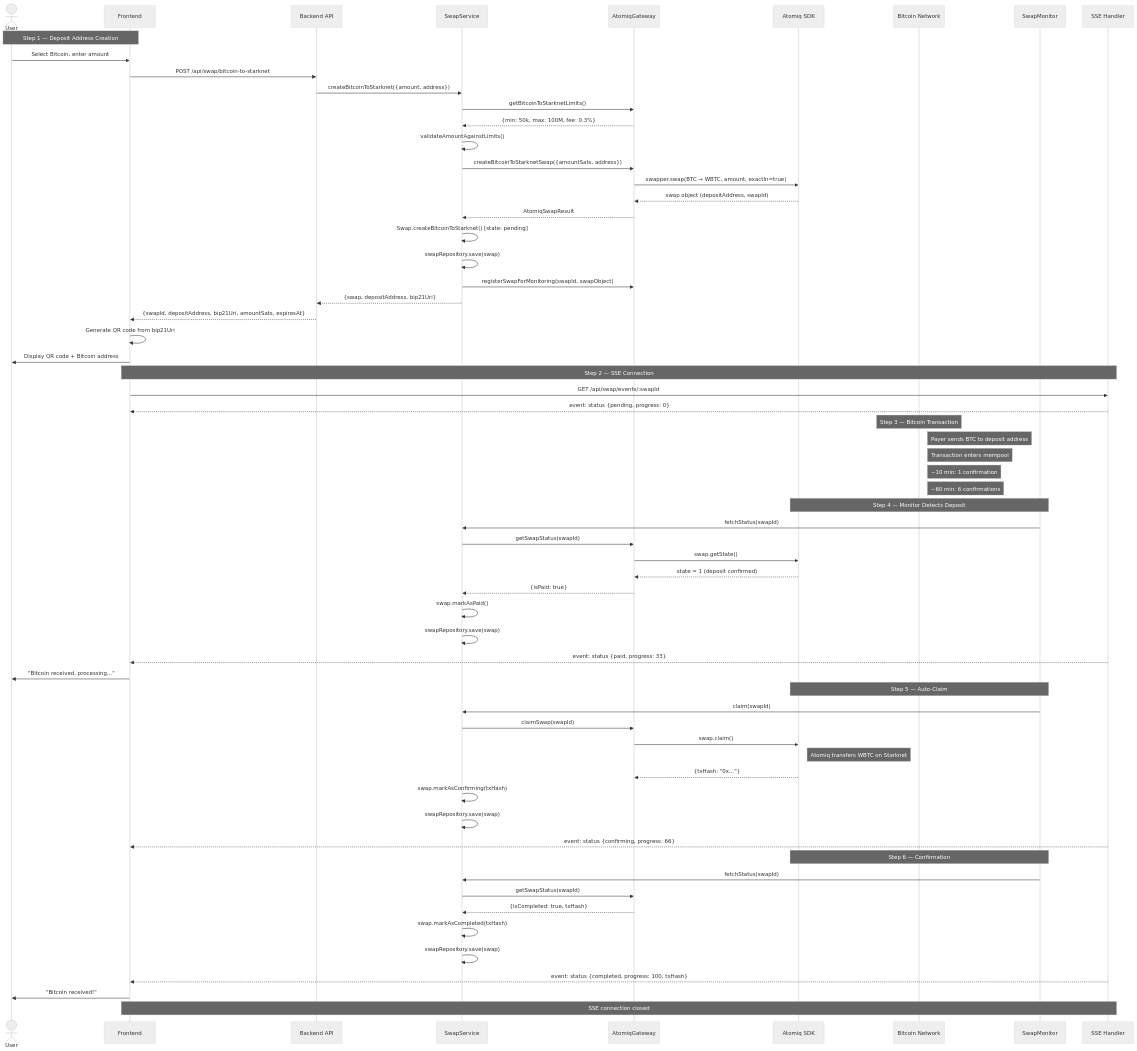
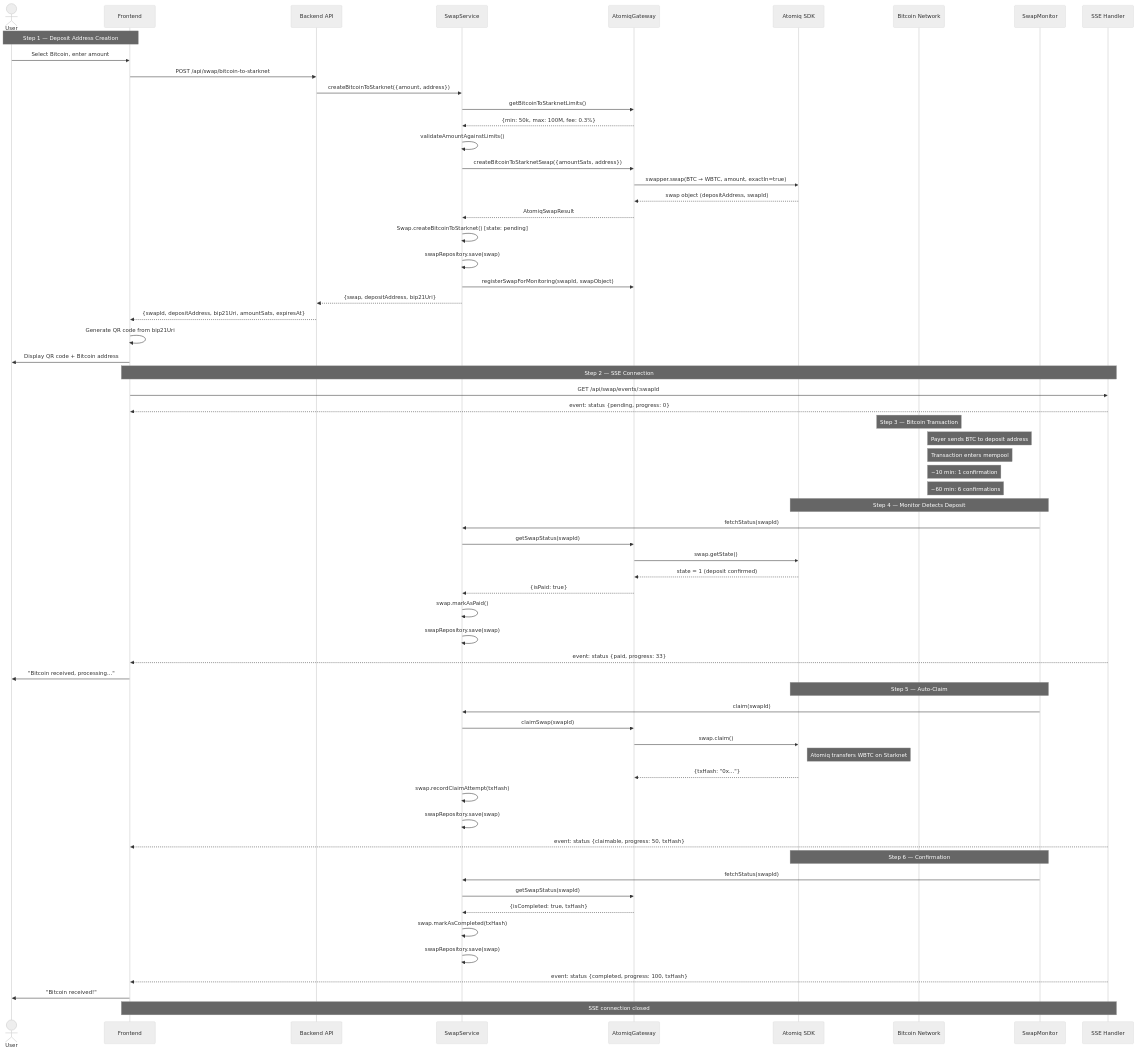
Before and after one commit to bitcoin-is-money/bim-app: the diagram in doc/flow/receive-bitcoin.md, drawn with Mermaid (neutral theme). The commit also changed 22 other files, not shown here.

First line of the commit message:
refactor(swap): remove BIM-only 'confirming' state, Atomiq is single source of truth

````diff
--- a/doc/flow/receive-bitcoin.md
+++ b/doc/flow/receive-bitcoin.md
@@ -25,75 +25,75 @@
 ```mermaid
 sequenceDiagram
     actor User
     participant Front as Frontend
     participant API as Backend API
     participant Service as SwapService
     participant Gateway as AtomiqGateway
     participant SDK as Atomiq SDK
     participant BTC as Bitcoin Network
     participant Monitor as SwapMonitor
     participant SSE as SSE Handler
 
     Note over User,Front: Step 1 — Deposit Address Creation
     User->>Front: Select Bitcoin, enter amount
     Front->>API: POST /api/swap/bitcoin-to-starknet
     API->>Service: createBitcoinToStarknet({amount, address})
     Service->>Gateway: getBitcoinToStarknetLimits()
     Gateway-->>Service: {min: 50k, max: 100M, fee: 0.3%}
     Service->>Service: validateAmountAgainstLimits()
     Service->>Gateway: createBitcoinToStarknetSwap({amountSats, address})
     Gateway->>SDK: swapper.swap(BTC → WBTC, amount, exactIn=true)
     SDK-->>Gateway: swap object (depositAddress, swapId)
     Gateway-->>Service: AtomiqSwapResult
     Service->>Service: Swap.createBitcoinToStarknet() [state: pending]
     Service->>Service: swapRepository.save(swap)
     Service->>Gateway: registerSwapForMonitoring(swapId, swapObject)
     Service-->>API: {swap, depositAddress, bip21Uri}
     API-->>Front: {swapId, depositAddress, bip21Uri, amountSats, expiresAt}
     Front->>Front: Generate QR code from bip21Uri
     Front->>User: Display QR code + Bitcoin address
 
     Note over Front,SSE: Step 2 — SSE Connection
     Front->>SSE: GET /api/swap/events/:swapId
     SSE-->>Front: event: status {pending, progress: 0}
 
     Note over BTC: Step 3 — Bitcoin Transaction
     Note right of BTC: Payer sends BTC to deposit address
     Note right of BTC: Transaction enters mempool
     Note right of BTC: ~10 min: 1 confirmation
     Note right of BTC: ~60 min: 6 confirmations
 
     Note over Monitor,SDK: Step 4 — Monitor Detects Deposit
     Monitor->>Service: fetchStatus(swapId)
     Service->>Gateway: getSwapStatus(swapId)
     Gateway->>SDK: swap.getState()
     SDK-->>Gateway: state = 1 (deposit confirmed)
     Gateway-->>Service: {isPaid: true}
     Service->>Service: swap.markAsPaid()
     Service->>Service: swapRepository.save(swap)
 
     SSE-->>Front: event: status {paid, progress: 33}
     Front->>User: "Bitcoin received, processing..."
 
     Note over Monitor,SDK: Step 5 — Auto-Claim
     Monitor->>Service: claim(swapId)
     Service->>Gateway: claimSwap(swapId)
     Gateway->>SDK: swap.claim()
     Note right of SDK: Atomiq transfers WBTC on Starknet
     SDK-->>Gateway: {txHash: "0x..."}
-    Service->>Service: swap.markAsConfirming(txHash)
+    Service->>Service: swap.recordClaimAttempt(txHash)
     Service->>Service: swapRepository.save(swap)
 
-    SSE-->>Front: event: status {confirming, progress: 66}
+    SSE-->>Front: event: status {claimable, progress: 50, txHash}
 
     Note over Monitor,SDK: Step 6 — Confirmation
     Monitor->>Service: fetchStatus(swapId)
     Service->>Gateway: getSwapStatus(swapId)
     Gateway-->>Service: {isCompleted: true, txHash}
     Service->>Service: swap.markAsCompleted(txHash)
     Service->>Service: swapRepository.save(swap)
 
     SSE-->>Front: event: status {completed, progress: 100, txHash}
     Front->>User: "Bitcoin received!"
     Note over Front,SSE: SSE connection closed
 ```
````
